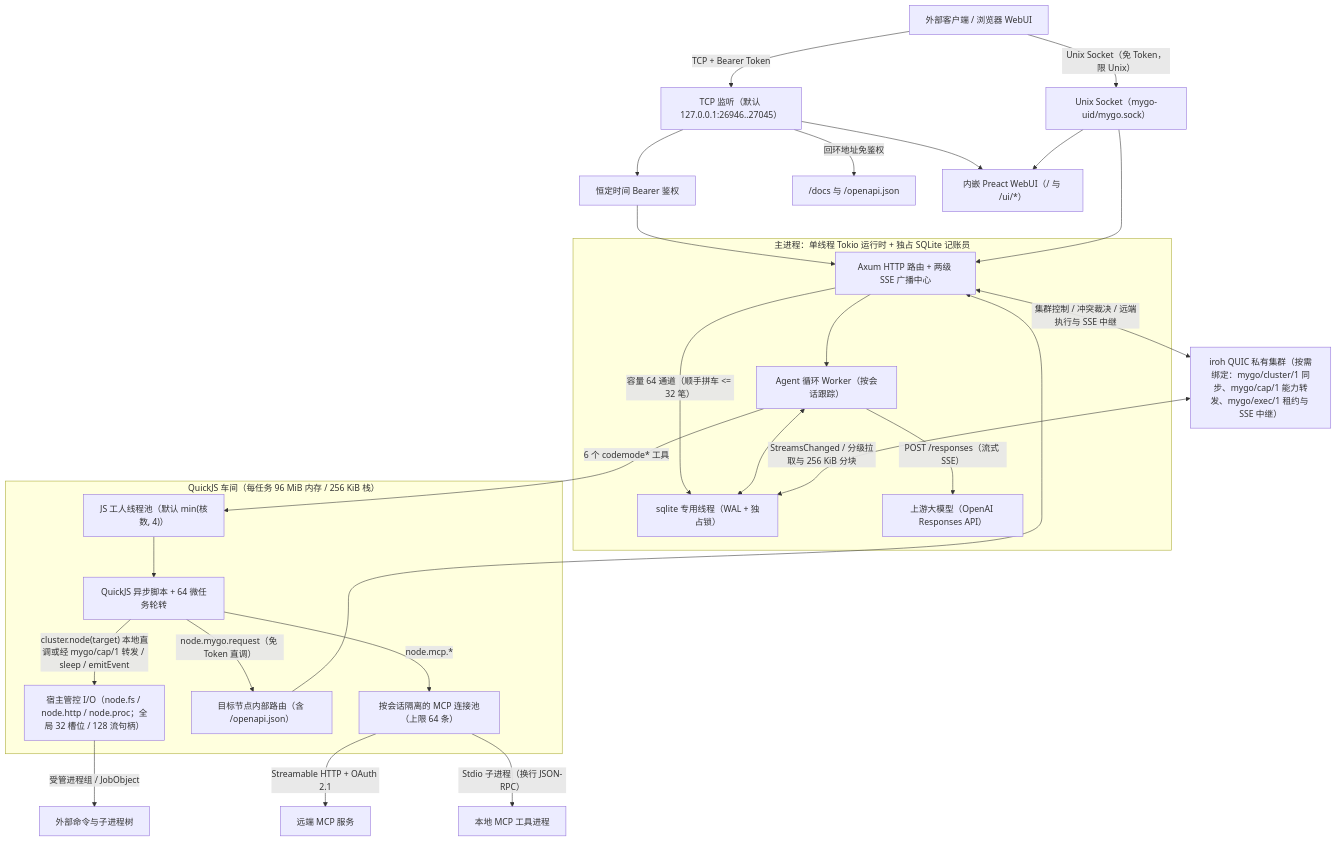
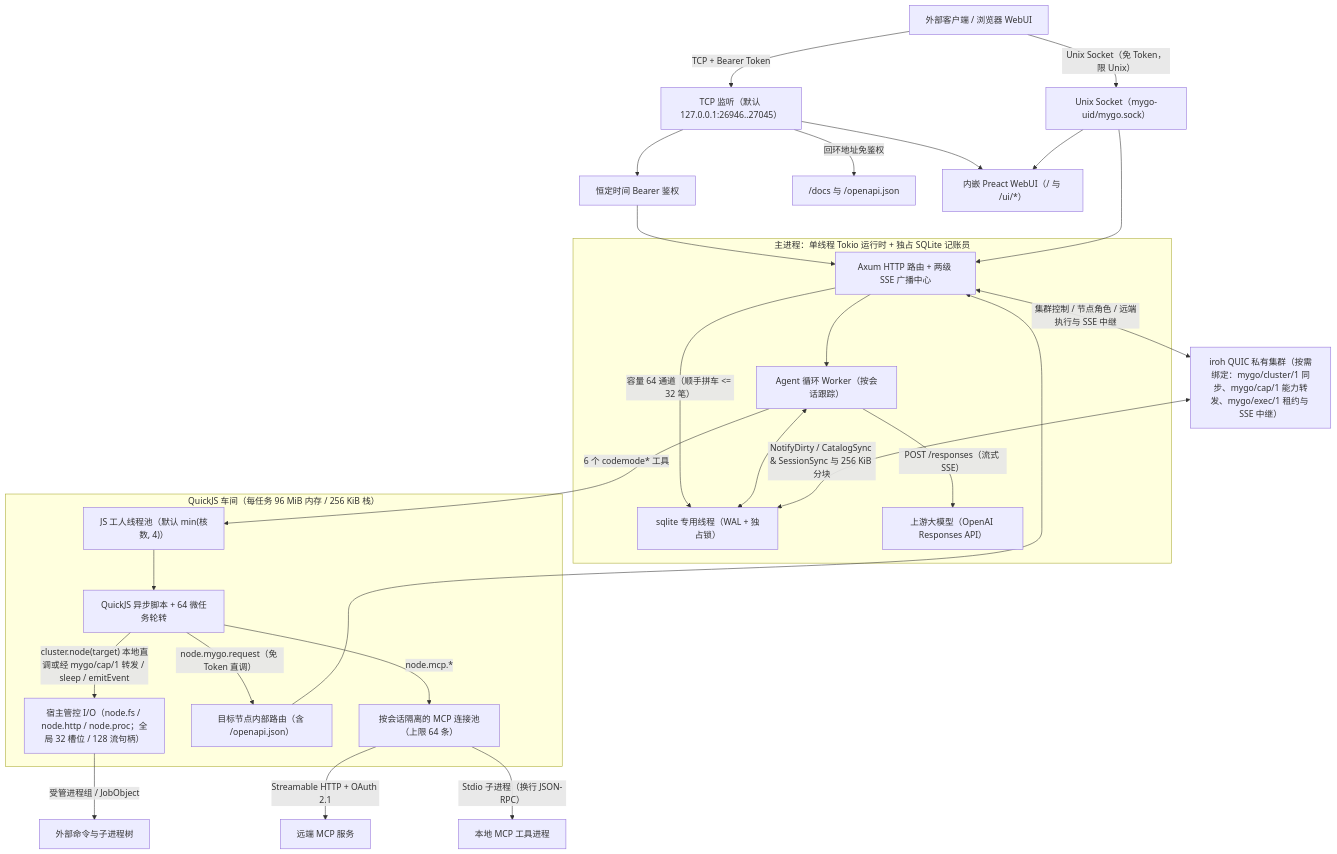
One commit to faithleysath/mygo-bot changed the diagram in how-it-work/README.md. Above: the diagram before and after it, drawn with Mermaid. The commit also changed other lines of this file and 9 other files, not shown here.

````diff
--- a/how-it-work/README.md
+++ b/how-it-work/README.md
@@ -15,37 +15,37 @@
 ```mermaid
 flowchart TB
     Client["外部客户端 / 浏览器 WebUI"] -->|TCP + Bearer Token| TcpRouter["TCP 监听（默认 127.0.0.1:26946..27045）"]
     Client -->|"Unix Socket（免 Token，限 Unix）"| UnixRouter["Unix Socket（mygo-uid/mygo.sock）"]
 
     TcpRouter --> Auth["恒定时间 Bearer 鉴权"]
     TcpRouter -->|回环地址免鉴权| Docs["/docs 与 /openapi.json"]
     TcpRouter --> WebUI["内嵌 Preact WebUI（/ 与 /ui/*）"]
     UnixRouter --> WebUI
 
     Auth --> ApiLayer["Axum HTTP 路由 + 两级 SSE 广播中心"]
     UnixRouter --> ApiLayer
 
     subgraph Runtime["主进程：单线程 Tokio 运行时 + 独占 SQLite 记账员"]
         ApiLayer -->|"容量 64 通道（顺手拼车 <= 32 笔）"| Sqlite["sqlite 专用线程（WAL + 独占锁）"]
         ApiLayer --> Agent["Agent 循环 Worker（按会话跟踪）"]
         Agent <--> Sqlite
         Agent -->|"POST /responses（流式 SSE）"| Upstream["上游大模型（OpenAI Responses API）"]
     end
 
-    ApiLayer <-->|"集群控制 / 冲突裁决 / 远端执行与 SSE 中继"| Cluster["iroh QUIC 私有集群（按需绑定：mygo/cluster/1 同步、mygo/cap/1 能力转发、mygo/exec/1 租约与 SSE 中继）"]
-    Cluster <-->|"StreamsChanged / 分级拉取与 256 KiB 分块"| Sqlite
+    ApiLayer <-->|"集群控制 / 节点角色 / 远端执行与 SSE 中继"| Cluster["iroh QUIC 私有集群（按需绑定：mygo/cluster/1 同步、mygo/cap/1 能力转发、mygo/exec/1 租约与 SSE 中继）"]
+    Cluster <-->|"NotifyDirty / CatalogSync & SessionSync 与 256 KiB 分块"| Sqlite
 
     Agent -->|"6 个 codemode* 工具"| Pool["JS 工人线程池（默认 min(核数, 4)）"]
 
     subgraph Sandbox["QuickJS 车间（每任务 96 MiB 内存 / 256 KiB 栈）"]
         Pool --> VM["QuickJS 异步脚本 + 64 微任务轮转"]
         VM -->|"cluster.node(target) 本地直调或经 mygo/cap/1 转发 / sleep / emitEvent"| HostIO["宿主管控 I/O（node.fs / node.http / node.proc；全局 32 槽位 / 128 流句柄）"]
         VM -->|"node.mygo.request（免 Token 直调）"| InternalApi["目标节点内部路由（含 /openapi.json）"]
         VM -->|"node.mcp.*"| McpPool["按会话隔离的 MCP 连接池（上限 64 条）"]
     end
 
     HostIO -->|受管进程组 / JobObject| ChildProc["外部命令与子进程树"]
     McpPool -->|"Streamable HTTP + OAuth 2.1"| RemoteMcp["远端 MCP 服务"]
     McpPool -->|"Stdio 子进程（换行 JSON-RPC）"| LocalMcp["本地 MCP 工具进程"]
     InternalApi --> ApiLayer
 ```
````
